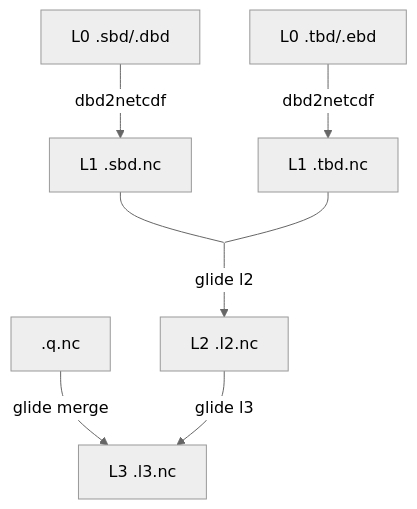
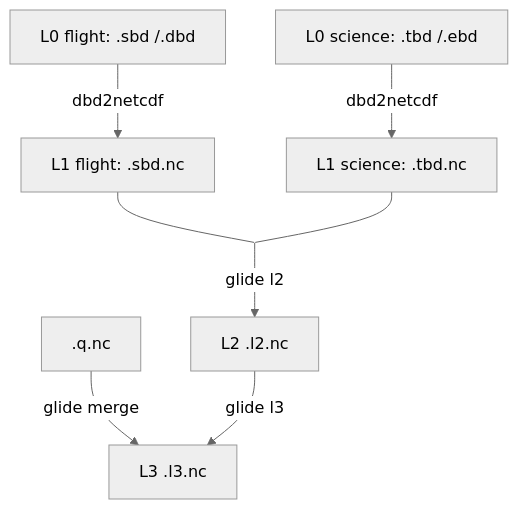
One commit to OSUGliders/glide changed the diagram in README.md. Above: the diagram before and after it, drawn with Mermaid (neutral theme). The commit also changed other lines of this file, not shown here.

````diff
--- a/README.md
+++ b/README.md
@@ -28,12 +34,12 @@
 ```mermaid
 flowchart TD;
-    sbd[L0 .sbd/.dbd] -->|dbd2netcdf| l1sbd[L1 .sbd.nc];
-    tbd[L0 .tbd/.ebd] -->|dbd2netcdf| l1tbd[L1 .tbd.nc];
+    sbd[L0 flight: .sbd /.dbd] -->|dbd2netcdf| l1sbd[L1 flight: .sbd.nc];
+    tbd[L0 science: .tbd /.ebd] -->|dbd2netcdf| l1tbd[L1 science: .tbd.nc];
     l1sbd --- C[ ]:::empty;
     l1tbd --- C;
     C -->|glide l2| l2[L2 .l2.nc];
     q[.q.nc] -->|glide merge| l3;
     l2 -->|glide l3| l3[L3 .l3.nc];
     
 classDef empty fill:none,stroke:none,color:transparent,width:1px,height:1px;
 ```
````
